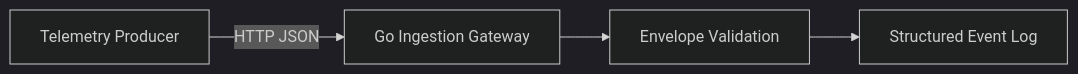
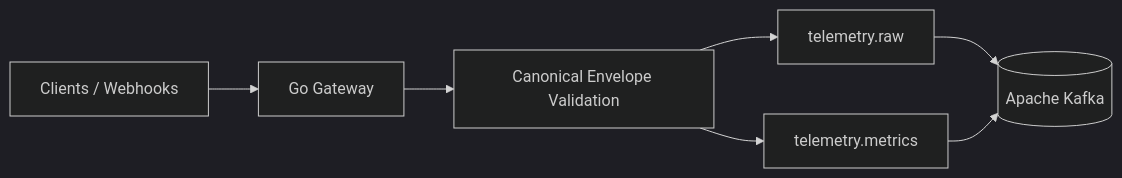
Before and after one commit to fuhrdan/TelemetryForge: the diagram in docs/architecture/overview.md, drawn with Mermaid (dark theme). The commit also changed other lines of this file and 28 other files, not shown here.

````diff
--- a/docs/architecture/overview.md
+++ b/docs/architecture/overview.md
@@ -5,6 +5,9 @@
 ```mermaid
 flowchart LR
-    C[Telemetry Producer] -->|HTTP JSON| G[Go Ingestion Gateway]
-    G --> V[Envelope Validation]
-    V --> L[Structured Event Log]
+    C[Clients / Webhooks] --> G[Go Gateway]
+    G --> V[Canonical Envelope Validation]
+    V --> R[telemetry.raw]
+    V --> M[telemetry.metrics]
+    R --> K[(Apache Kafka)]
+    M --> K
 ```
````
